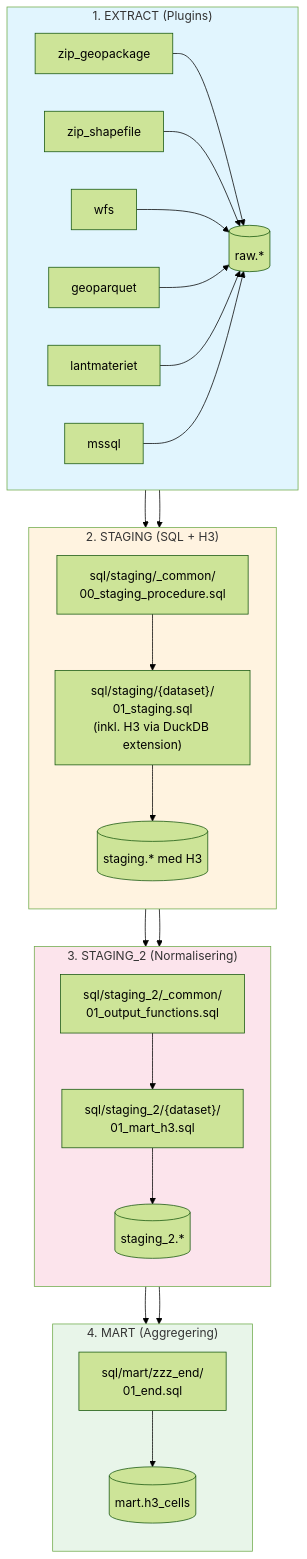
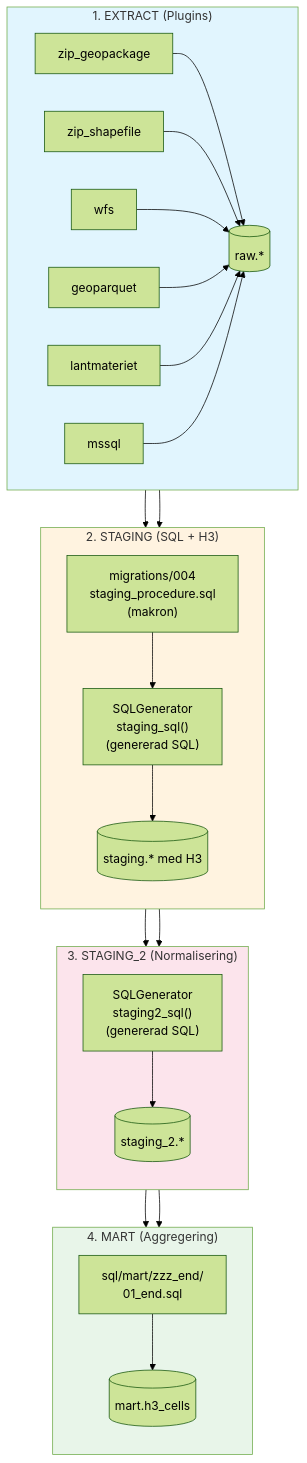
Before and after one commit to 10gbrand/g-etl: the diagram in README.md, drawn with Mermaid (forest theme). The commit also changed other lines of this file and 17 other files, not shown here.

````diff
--- a/README.md
+++ b/README.md
@@ -7,39 +7,38 @@
 ```mermaid
 flowchart TB
     subgraph Extract["1. EXTRACT (Plugins)"]
         direction LR
         A1[zip_geopackage] --> R[(raw.*)]
         A2[zip_shapefile] --> R
         A3[wfs] --> R
         A4[geoparquet] --> R
         A5[lantmateriet] --> R
         A6[mssql] --> R
     end
 
     subgraph Staging["2. STAGING (SQL + H3)"]
         direction TB
-        R --> S1["sql/staging/_common/<br/>00_staging_procedure.sql"]
-        S1 --> S2["sql/staging/{dataset}/<br/>01_staging.sql<br/>(inkl. H3 via DuckDB extension)"]
+        R --> S1["migrations/004<br/>staging_procedure.sql<br/>(makron)"]
+        S1 --> S2["SQLGenerator<br/>staging_sql()<br/>(genererad SQL)"]
         S2 --> ST[(staging.* med H3)]
     end
 
     subgraph Staging2["3. STAGING_2 (Normalisering)"]
         direction TB
-        ST --> M1["sql/staging_2/_common/<br/>01_output_functions.sql"]
-        M1 --> M2["sql/staging_2/{dataset}/<br/>01_mart_h3.sql"]
+        ST --> M2["SQLGenerator<br/>staging2_sql()<br/>(genererad SQL)"]
         M2 --> ST2[(staging_2.*)]
     end
 
     subgraph Mart["4. MART (Aggregering)"]
         direction TB
         ST2 --> M3["sql/mart/zzz_end/<br/>01_end.sql"]
         M3 --> MF[(mart.h3_cells)]
     end
 
     Extract --> Staging --> Staging2 --> Mart
 
     style Extract fill:#e1f5fe
     style Staging fill:#fff3e0
     style Staging2 fill:#fce4ec
     style Mart fill:#e8f5e9
 ```
````
